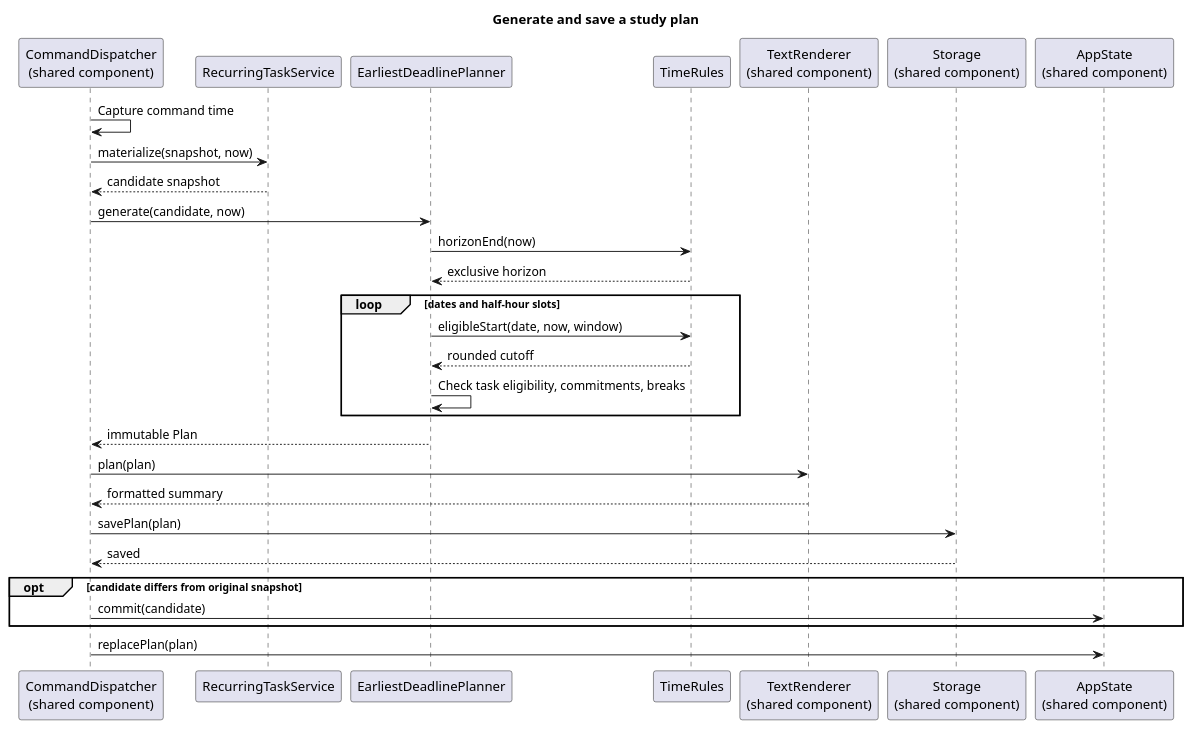
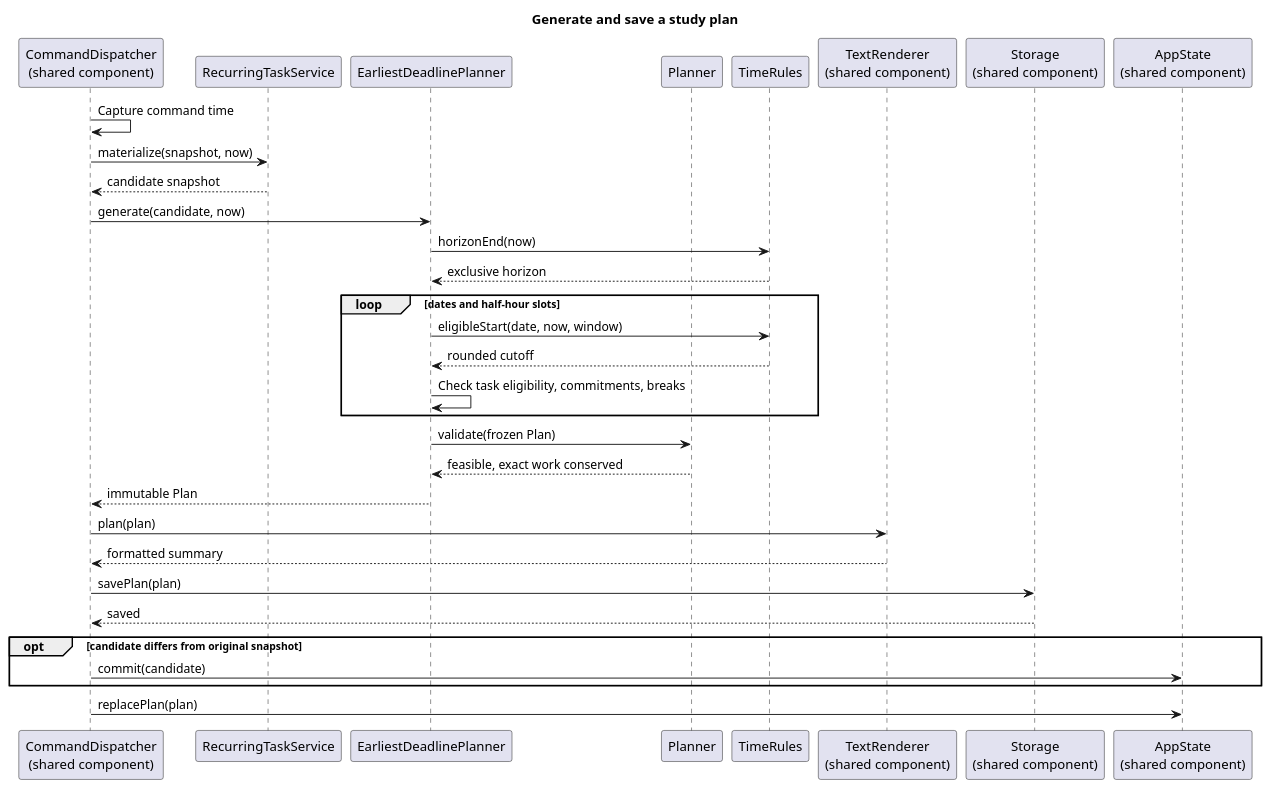
Before and after one commit to AY2627S1-CS2113-T10-1/tp: the diagram in docs/diagrams/gabriel-planning-sequence.puml, drawn with PlantUML. The commit also changed 9 other files, not shown here.

First line of the commit message:
Validate frozen planning allocations

```diff
--- a/docs/diagrams/gabriel-planning-sequence.puml
+++ b/docs/diagrams/gabriel-planning-sequence.puml
@@ -1,34 +1,37 @@
 @startuml
 title Generate and save a study plan
 
 participant "CommandDispatcher\n(shared component)" as D
 participant RecurringTaskService as R
 participant EarliestDeadlinePlanner as P
+participant Planner as C
 participant TimeRules as T
 participant "TextRenderer\n(shared component)" as V
 participant "Storage\n(shared component)" as S
 participant "AppState\n(shared component)" as A
 
 D -> D: Capture command time
 D -> R: materialize(snapshot, now)
 R --> D: candidate snapshot
 D -> P: generate(candidate, now)
 P -> T: horizonEnd(now)
 T --> P: exclusive horizon
 
 loop dates and half-hour slots
     P -> T: eligibleStart(date, now, window)
     T --> P: rounded cutoff
     P -> P: Check task eligibility, commitments, breaks
 end
 
+P -> C: validate(frozen Plan)
+C --> P: feasible, exact work conserved
 P --> D: immutable Plan
 D -> V: plan(plan)
 V --> D: formatted summary
 D -> S: savePlan(plan)
 S --> D: saved
 opt candidate differs from original snapshot
     D -> A: commit(candidate)
 end
 D -> A: replacePlan(plan)
 @enduml
```
